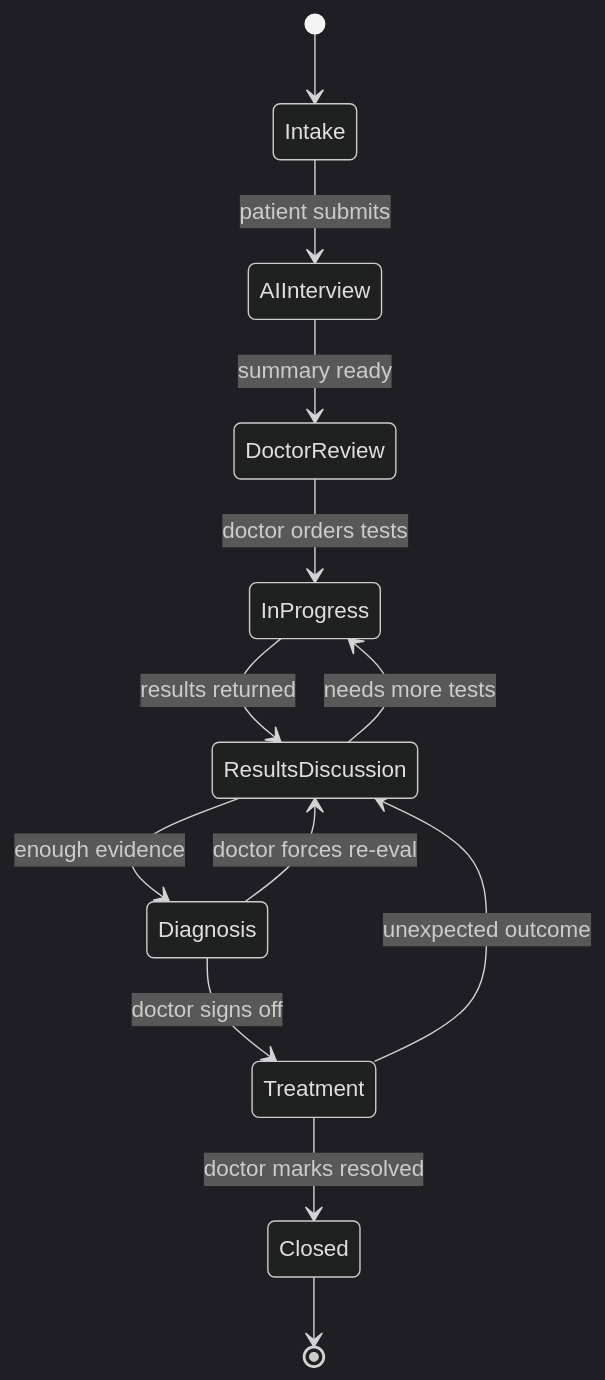
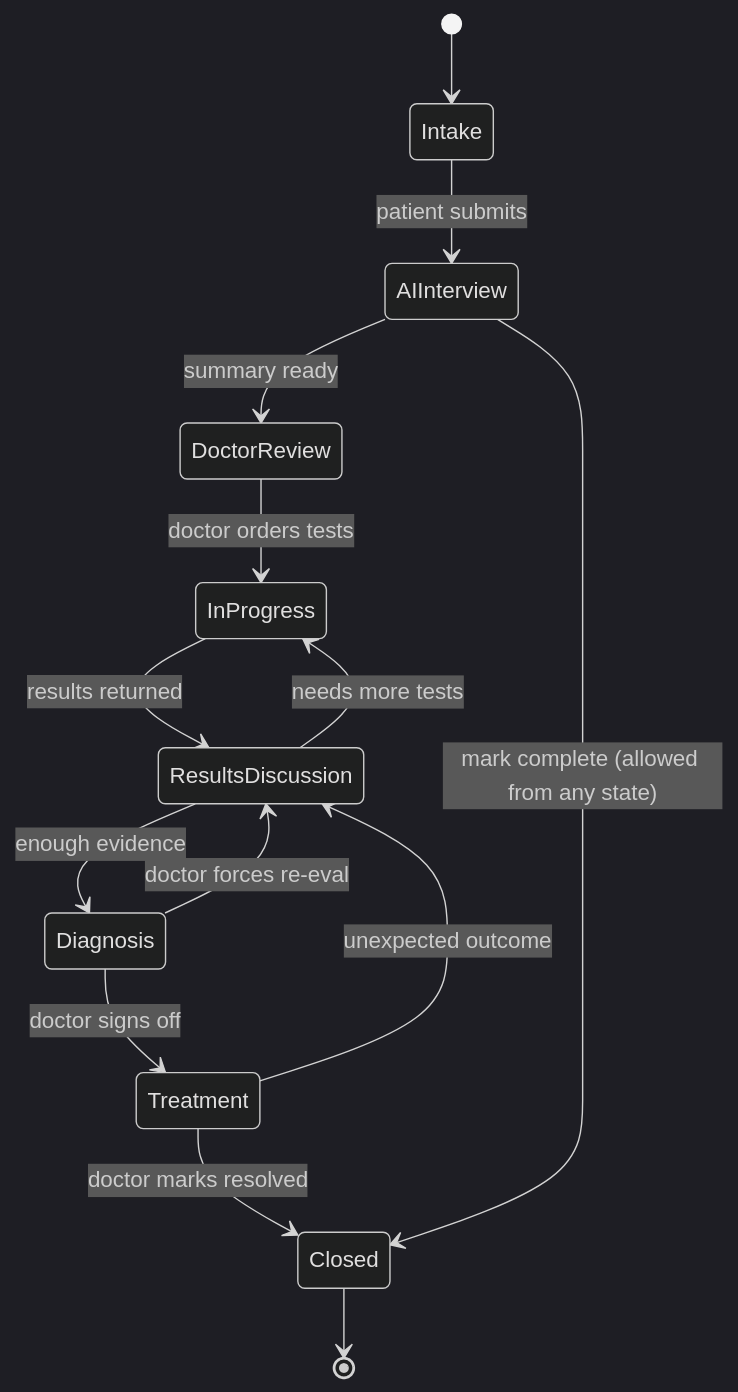
The first of 3 diagrams in docs/WORKFLOW.md (Abdulrahman-Kaddoura/Byters-aws-hackathon), drawn with Mermaid (dark theme) before and after one commit. The commit also changed other lines of this file and 9 other files, not shown here.

````diff
--- a/docs/WORKFLOW.md
+++ b/docs/WORKFLOW.md
@@ -17,15 +20,16 @@
 ```mermaid
 stateDiagram-v2
     [*] --> Intake
     Intake --> AIInterview: patient submits
     AIInterview --> DoctorReview: summary ready
     DoctorReview --> InProgress: doctor orders tests
     InProgress --> ResultsDiscussion: results returned
     ResultsDiscussion --> InProgress: needs more tests
     ResultsDiscussion --> Diagnosis: enough evidence
     Diagnosis --> ResultsDiscussion: doctor forces re-eval
     Diagnosis --> Treatment: doctor signs off
     Treatment --> ResultsDiscussion: unexpected outcome
     Treatment --> Closed: doctor marks resolved
+    AIInterview --> Closed: mark complete (allowed from any state)
     Closed --> [*]
 ```
````
